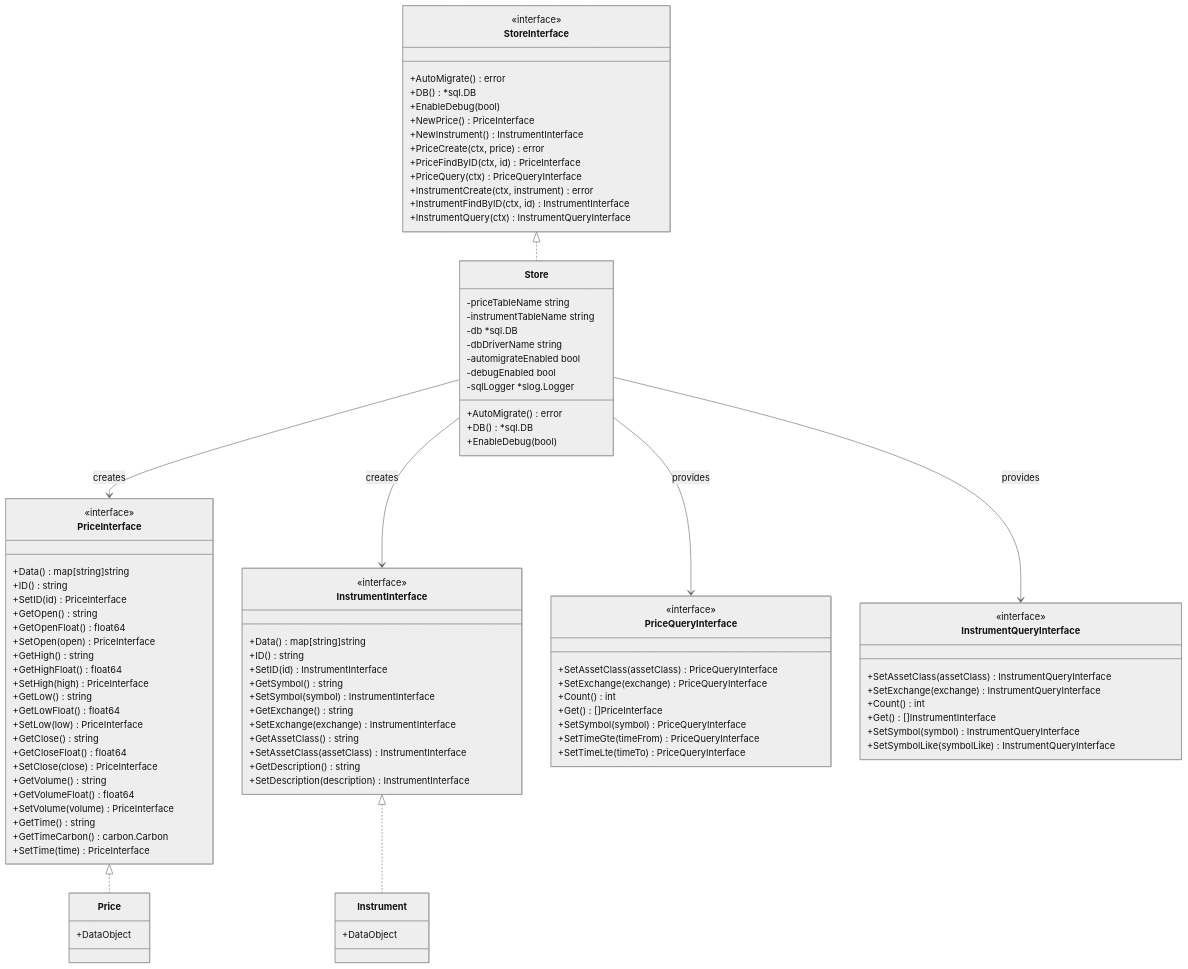
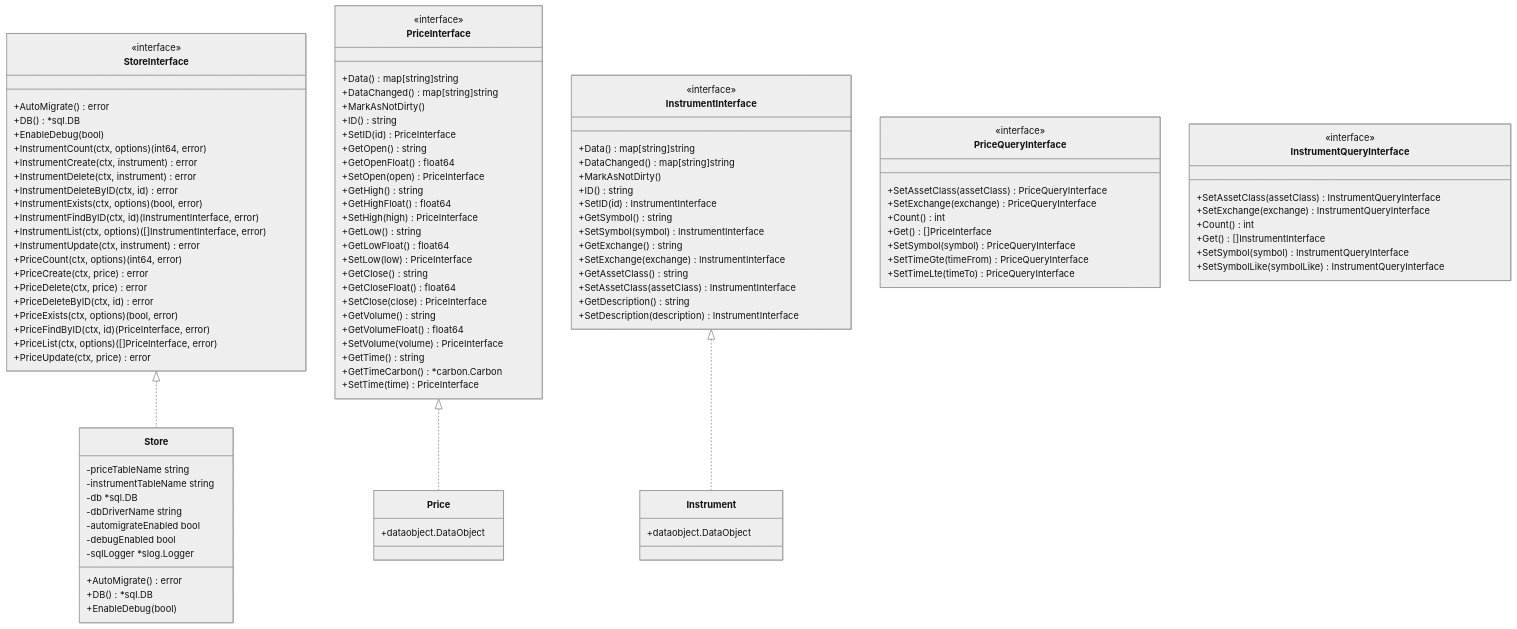
Before and after one commit to dracory/tradingstore: the diagram in README.md, drawn with Mermaid (neutral theme). The commit also changed other lines of this file and 8 other files, not shown here.

````diff
--- a/README.md
+++ b/README.md
@@ -101,14 +101,22 @@
         +AutoMigrate() error
         +DB() *sql.DB
         +EnableDebug(bool)
-        +NewPrice() PriceInterface
-        +NewInstrument() InstrumentInterface
+        +InstrumentCount(ctx, options) (int64, error)
+        +InstrumentCreate(ctx, instrument) error
+        +InstrumentDelete(ctx, instrument) error
+        +InstrumentDeleteByID(ctx, id) error
+        +InstrumentExists(ctx, options) (bool, error)
+        +InstrumentFindByID(ctx, id) (InstrumentInterface, error)
+        +InstrumentList(ctx, options) ([]InstrumentInterface, error)
+        +InstrumentUpdate(ctx, instrument) error
+        +PriceCount(ctx, options) (int64, error)
         +PriceCreate(ctx, price) error
-        +PriceFindByID(ctx, id) PriceInterface
-        +PriceQuery(ctx) PriceQueryInterface
-        +InstrumentCreate(ctx, instrument) error
-        +InstrumentFindByID(ctx, id) InstrumentInterface
-        +InstrumentQuery(ctx) InstrumentQueryInterface
+        +PriceDelete(ctx, price) error
+        +PriceDeleteByID(ctx, id) error
+        +PriceExists(ctx, options) (bool, error)
+        +PriceFindByID(ctx, id) (PriceInterface, error)
+        +PriceList(ctx, options) ([]PriceInterface, error)
+        +PriceUpdate(ctx, price) error
     }
 
     class Store {
@@ -127,6 +135,8 @@
     class PriceInterface {
         <<interface>>
         +Data() map[string]string
+        +DataChanged() map[string]string
+        +MarkAsNotDirty()
         +ID() string
         +SetID(id) PriceInterface
         +GetOpen() string
@@ -145,13 +155,15 @@
         +GetVolumeFloat() float64
         +SetVolume(volume) PriceInterface
         +GetTime() string
-        +GetTimeCarbon() carbon.Carbon
+        +GetTimeCarbon() *carbon.Carbon
         +SetTime(time) PriceInterface
     }
 
     class InstrumentInterface {
         <<interface>>
         +Data() map[string]string
+        +DataChanged() map[string]string
+        +MarkAsNotDirty()
         +ID() string
         +SetID(id) InstrumentInterface
         +GetSymbol() string
@@ -165,11 +177,11 @@
     }
 
     class Price {
-        +DataObject
+        +dataobject.DataObject
     }
 
     class Instrument {
-        +DataObject
+        +dataobject.DataObject
     }
 
     class PriceQueryInterface {
@@ -196,8 +208,4 @@
     StoreInterface <|.. Store
     PriceInterface <|.. Price
     InstrumentInterface <|.. Instrument
-    Store --> PriceInterface : creates
-    Store --> InstrumentInterface : creates
-    Store --> PriceQueryInterface : provides
-    Store --> InstrumentQueryInterface : provides
 ```
````
